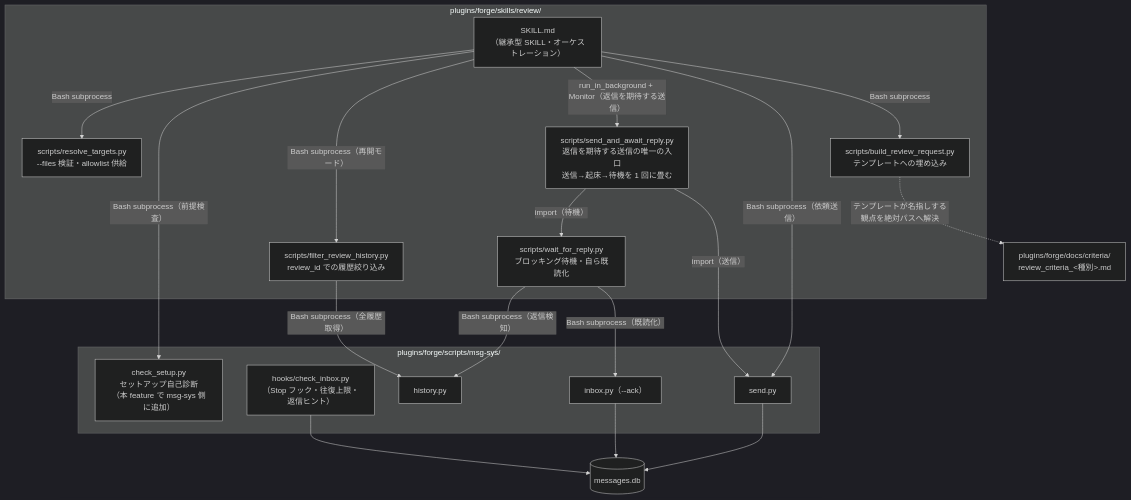
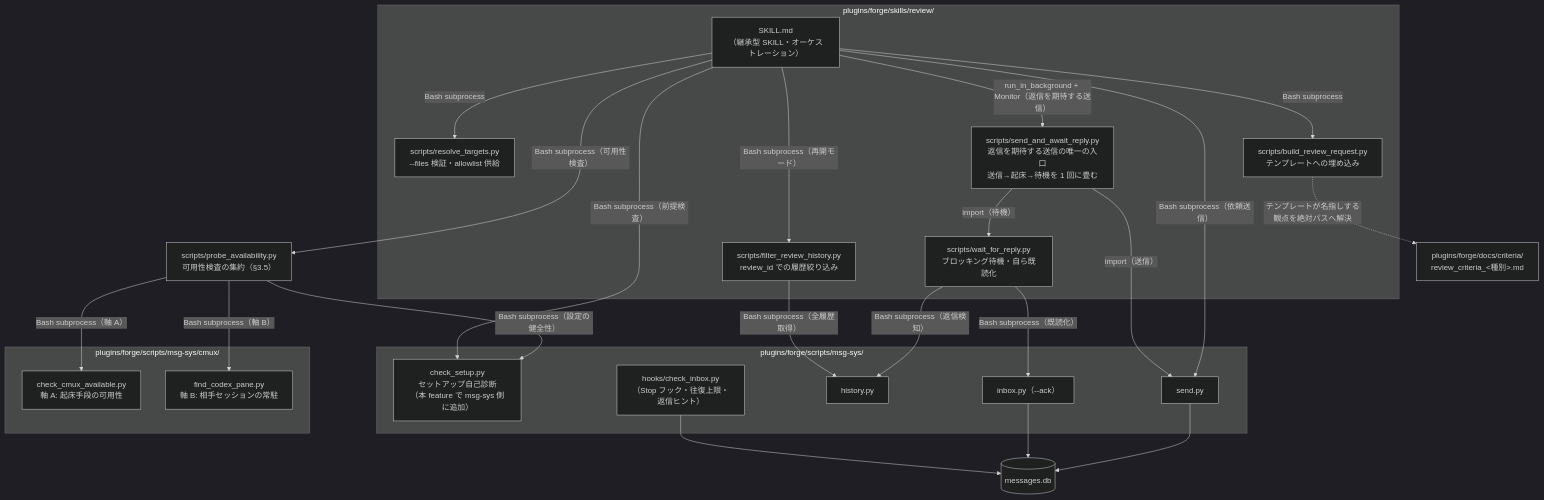
One commit to BlueEventHorizon/bw-cc-plugins changed the first of 2 diagrams in docs/specs/msg-review/design/DES-045_msg_review_skill_design.md. Above: the diagram before and after it, drawn with Mermaid (dark theme). The commit also changed other lines of this file and 7 other files, not shown here.

````diff
--- a/docs/specs/msg-review/design/DES-045_msg_review_skill_design.md
+++ b/docs/specs/msg-review/design/DES-045_msg_review_skill_design.md
@@ -26,36 +26,45 @@
 ```mermaid
 flowchart TB
     subgraph SkillDir["plugins/forge/skills/review/"]
         Skill["SKILL.md<br/>（継承型 SKILL・オーケストレーション）"]
         Targets["scripts/resolve_targets.py<br/>--files 検証・allowlist 供給"]
         Builder["scripts/build_review_request.py<br/>テンプレートへの埋め込み"]
         Filter["scripts/filter_review_history.py<br/>review_id での履歴絞り込み"]
         Waiter["scripts/wait_for_reply.py<br/>ブロッキング待機・自ら既読化"]
         Composite["scripts/send_and_await_reply.py<br/>返信を期待する送信の唯一の入口<br/>送信→起床→待機を 1 回に畳む"]
     end
     subgraph MsgSys["plugins/forge/scripts/msg-sys/"]
         Prereq["check_setup.py<br/>セットアップ自己診断<br/>（本 feature で msg-sys 側に追加）"]
         Send["send.py"]
         History["history.py"]
         Inbox["inbox.py（--ack）"]
         Hook["hooks/check_inbox.py<br/>（Stop フック・往復上限・返信ヒント）"]
     end
+    subgraph Cmux["plugins/forge/scripts/msg-sys/cmux/"]
+        WakeAvail["check_cmux_available.py<br/>軸 A: 起床手段の可用性"]
+        FindPane["find_codex_pane.py<br/>軸 B: 相手セッションの常駐"]
+    end
+    Probe["scripts/probe_availability.py<br/>可用性検査の集約（§3.5）"]
     Criteria["plugins/forge/docs/criteria/<br/>review_criteria_&lt;種別&gt;.md"]
     DB[("messages.db")]
 
+    Skill -->|"Bash subprocess（可用性検査）"| Probe
+    Probe -->|"Bash subprocess（軸 A）"| WakeAvail
+    Probe -->|"Bash subprocess（軸 B）"| FindPane
+    Probe -->|"Bash subprocess（設定の健全性）"| Prereq
     Skill -->|"Bash subprocess（前提検査）"| Prereq
     Skill -->|"Bash subprocess"| Targets
     Skill -->|"Bash subprocess"| Builder
     Skill -->|"Bash subprocess（依頼送信）"| Send
     Skill -->|"Bash subprocess（再開モード）"| Filter
     Skill -->|"run_in_background + Monitor（返信を期待する送信）"| Composite
     Composite -->|"import（送信）"| Send
     Composite -->|"import（待機）"| Waiter
     Waiter -->|"Bash subprocess（返信検知）"| History
     Waiter -->|"Bash subprocess（既読化）"| Inbox
     Filter -->|"Bash subprocess（全履歴取得）"| History
     Builder -.->|"テンプレートが名指しする観点を絶対パスへ解決"| Criteria
     Send --> DB
     Inbox --> DB
     Hook --> DB
 ```
````
